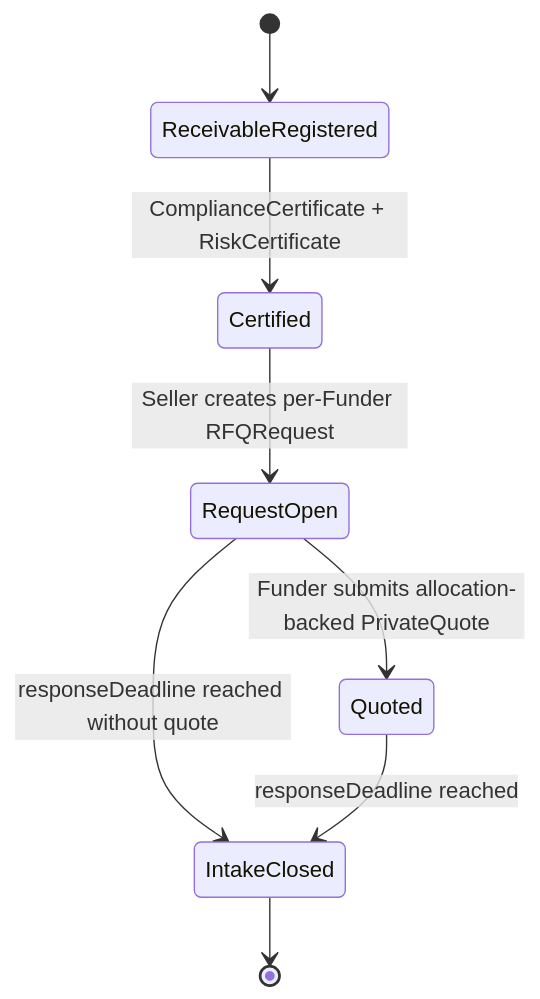
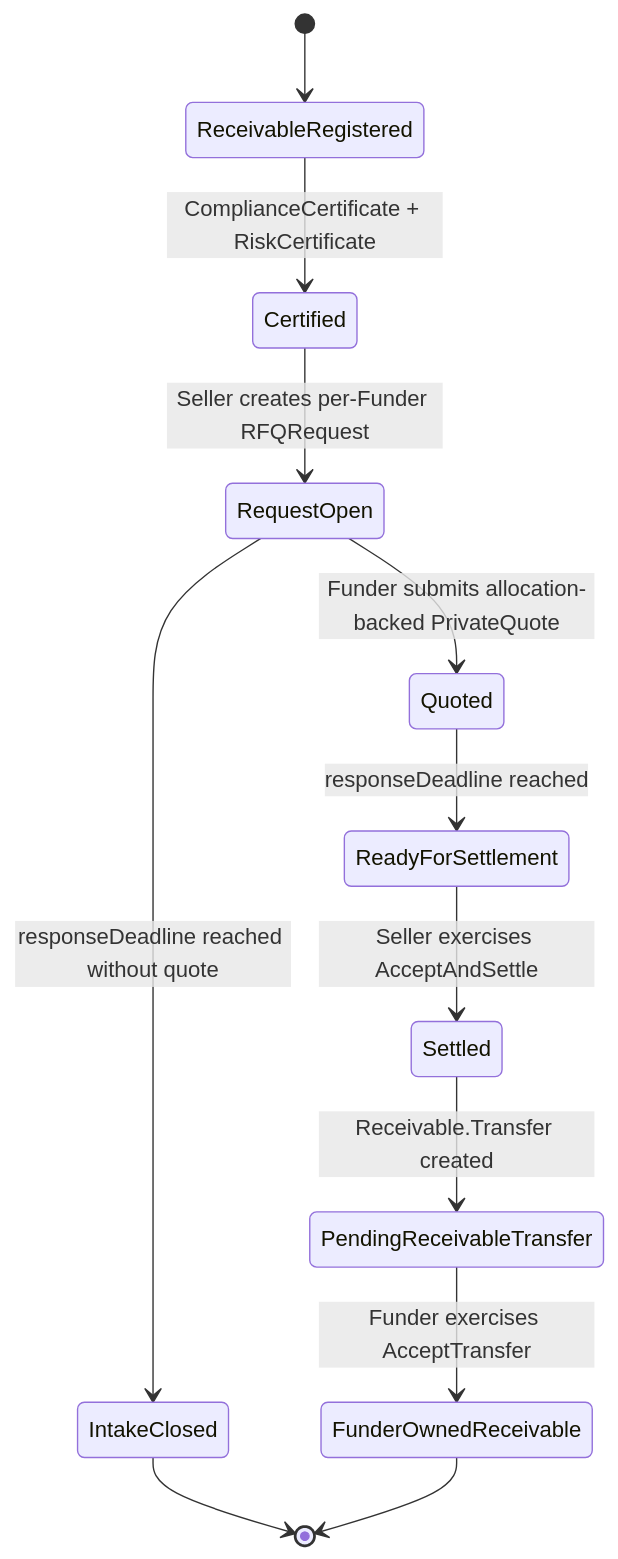
Before and after one commit to no-witness-labs/canton-hackathon-cloakRFQ: the tenth of 10 diagrams in docs/technical-design/005-workflow-diagrams.md, drawn with Mermaid. The commit also changed other lines of this file and 22 other files, not shown here.

````diff
--- a/docs/technical-design/005-workflow-diagrams.md
+++ b/docs/technical-design/005-workflow-diagrams.md
@@ -172,10 +244,14 @@
 ```mermaid
 stateDiagram-v2
     [*] --> ReceivableRegistered
     ReceivableRegistered --> Certified: ComplianceCertificate + RiskCertificate
     Certified --> RequestOpen: Seller creates per-Funder RFQRequest
     RequestOpen --> Quoted: Funder submits allocation-backed PrivateQuote
     RequestOpen --> IntakeClosed: responseDeadline reached without quote
-    Quoted --> IntakeClosed: responseDeadline reached
     IntakeClosed --> [*]
+    Quoted --> ReadyForSettlement: responseDeadline reached
+    ReadyForSettlement --> Settled: Seller exercises AcceptAndSettle
+    Settled --> PendingReceivableTransfer: Receivable.Transfer created
+    PendingReceivableTransfer --> FunderOwnedReceivable: Funder exercises AcceptTransfer
+    FunderOwnedReceivable --> [*]
 ```
````
